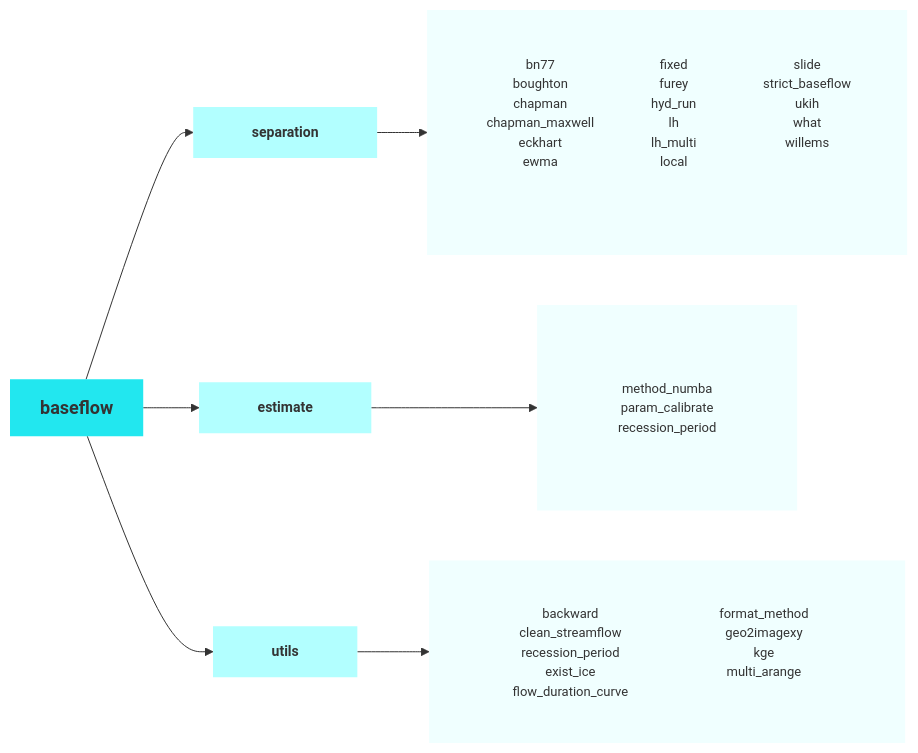
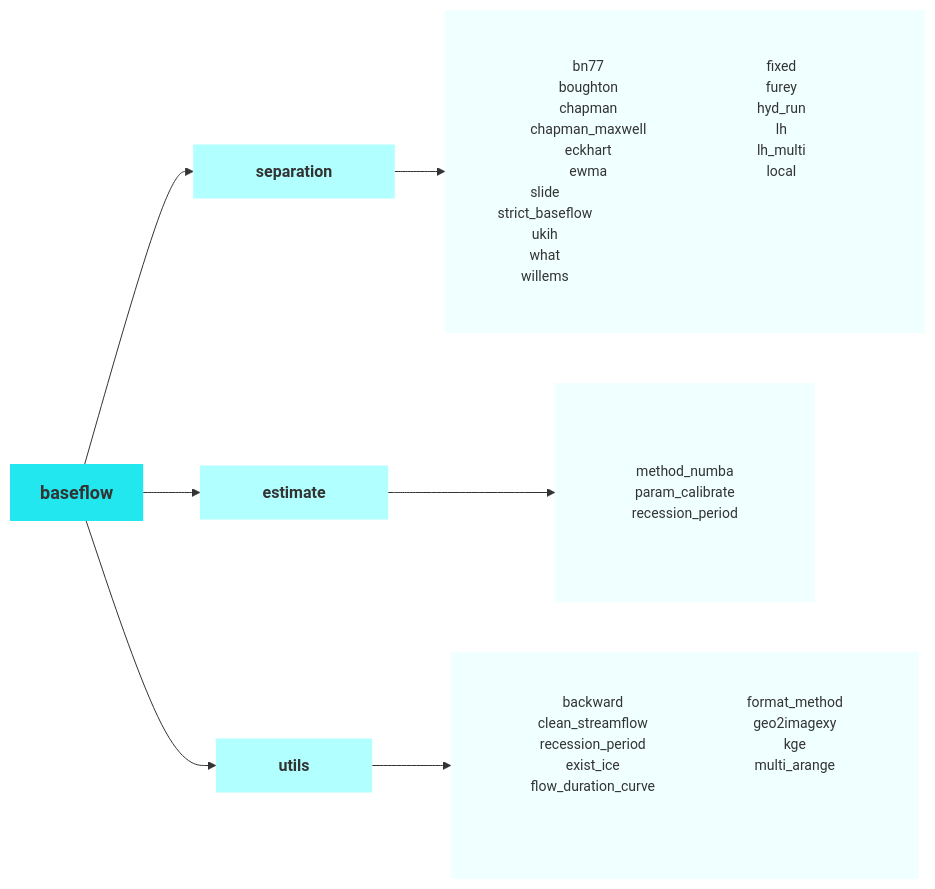
The diagram in docs/index.md (BYU-Hydroinformatics/baseflow), drawn with Mermaid before and after one commit.

Commit message:
change the padding space

````diff
--- a/docs/index.md
+++ b/docs/index.md
@@ -58,50 +58,50 @@
 ```mermaid
 %%{init: {
   'theme': 'base', 
   'themeVariables': { 
     'fontSize': '14px',
     'fontFamily': 'Arial'
   },
   'flowchart': {
-    'nodeSpacing': 30,
+    'nodeSpacing': 25,
     'rankSpacing': 30,
     'curve': 'basis'
   }
   "flowchart": {"htmlLabels": true}
 }}%%
 graph LR
     %% Define styles
     classDef default fill:#22E7EF,stroke:#333,stroke-width:0px;
-    classDef secondLevel fill:#B2FFFF,stroke:#333,stroke-width:0px,font-size:14px;
-    classDef thirdLevel fill:#F0FFFF,stroke:#333,stroke-width:0px,font-size:13px;
+    classDef secondLevel fill:#B2FFFF,stroke:#333,stroke-width:0px,font-size:16px;
+    classDef thirdLevel fill:#F0FFFF,stroke:#333,stroke-width:0px,font-size:14px;
 
     A[baseflow]:::default
     B[&emsp;&emsp;separation&emsp;&emsp;]:::secondLevel
     C[&emsp;&emsp;estimate&emsp;&emsp;]:::secondLevel
     D[&emsp;&emsp;utils&emsp;&emsp;]:::secondLevel
 
     A --> B
     A --> C
     A --> D
 
     B --> NewLines1["&emsp;&emsp;<div style='line-height: 1.5; padding: 10px; display: flex; flex-wrap: wrap; justify-content: space-between; width: 400px;'>
     <div style='flex: 0 0 30%;'>bn77<br/>boughton<br/>chapman<br/>chapman_maxwell<br/>eckhart<br/>ewma</div>
     <div style='flex: 0 0 30%;'>fixed<br/>furey<br/>hyd_run<br/>lh<br/>lh_multi<br/>local</div>
     <div style='flex: 0 0 30%;'>slide<br/>strict_baseflow<br/>ukih<br/>what<br/>willems</div>
     </div>&emsp;&emsp;"]:::thirdLevel
 
     C --> NewLines2["&emsp;&emsp;<div style='line-height: 1.5; padding: 12spx; display: flex; flex-wrap: wrap; justify-content: space-between; width: 200px;'>
     <div style='flex: 0 0 100%;'>method_numba<br/>param_calibrate<br/>recession_period</div>
     </div>&emsp;&emsp;"]:::thirdLevel
     
-    D --> NewLines3["&emsp;&emsp;<div style='line-height: 1.5; padding: 8px; display: flex; flex-wrap: wrap; justify-content: space-between; width: 400px;'>
+    D --> NewLines3["&emsp;&emsp;<div style='line-height: 1.5; padding: 4px; display: flex; flex-wrap: wrap; justify-content: space-between; width: 400px;'>
     <div style='flex: 0 0 45%;'>backward<br/>clean_streamflow<br/>recession_period<br/>exist_ice<br/>flow_duration_curve</div>
     <div style='flex: 0 0 45%;'>format_method<br/>geo2imagexy<br/>kge<br/>multi_arange</div>
     </div>&emsp;&emsp;"]:::thirdLevel
 
     %% Custom styles for specific nodes
     style A font-size:18px,font-weight:bold,mainBkg:#005f73
     style B font-weight:bold
     style C font-weight:bold
     style D font-weight:bold
 ```
````
